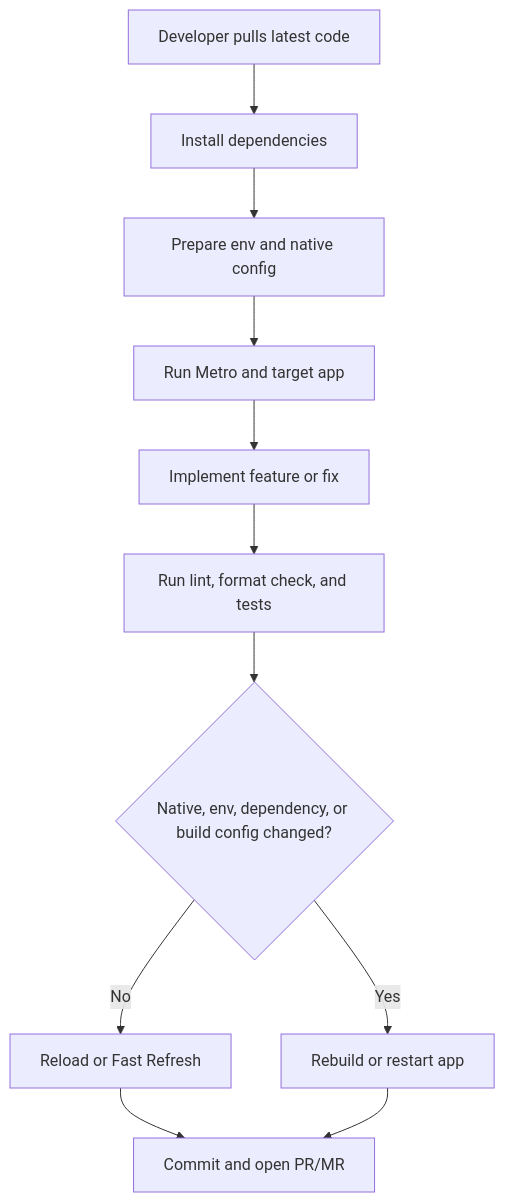
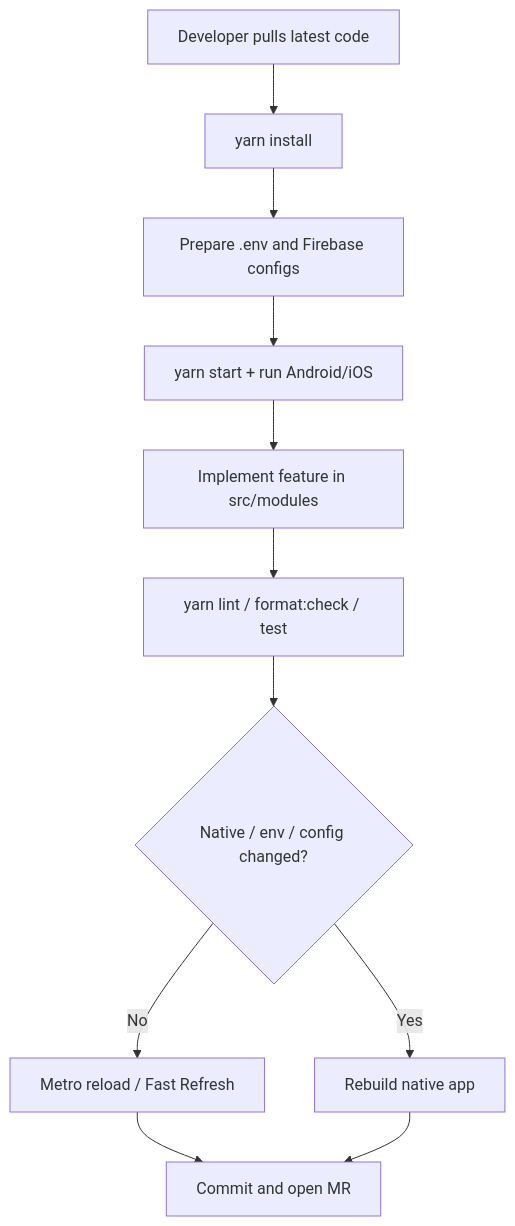
One commit to ThangTech/ALP-HRM-REACTNATIVE changed the first of 5 diagrams in README.md. Above: the diagram before and after it, drawn with Mermaid. The commit also changed other lines of this file and 1 other file, not shown here.

````diff
--- a/README.md
+++ b/README.md
@@ -325,13 +224,13 @@
 ```mermaid
 flowchart TD
-  A[Developer pulls latest code] --> B[Install dependencies]
-  B --> C[Prepare env and native config]
-  C --> D[Run Metro and target app]
-  D --> E[Implement feature or fix]
-  E --> F[Run lint, format check, and tests]
-  F --> G{Native, env, dependency, or build config changed?}
-  G -- No --> H[Reload or Fast Refresh]
-  G -- Yes --> I[Rebuild or restart app]
-  H --> J[Commit and open PR/MR]
+  A[Developer pulls latest code] --> B[yarn install]
+  B --> C[Prepare .env and Firebase configs]
+  C --> D[yarn start + run Android/iOS]
+  D --> E[Implement feature in src/modules]
+  E --> F[yarn lint / format:check / test]
+  F --> G{Native / env / config changed?}
+  G -- No --> H[Metro reload / Fast Refresh]
+  G -- Yes --> I[Rebuild native app]
+  H --> J[Commit and open MR]
   I --> J
 ```
````
